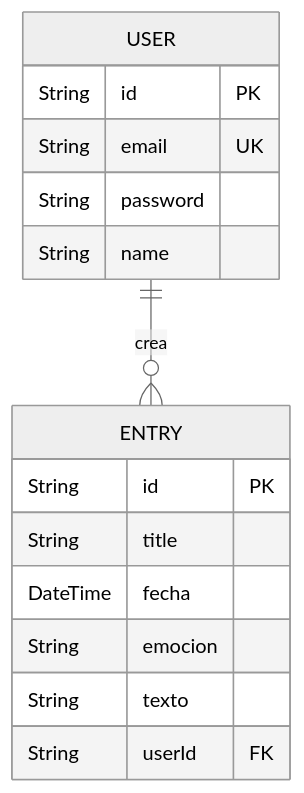
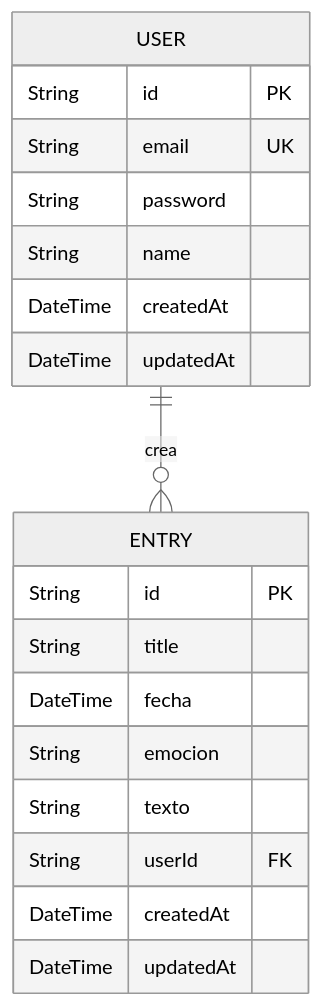
One commit to Jajavier2404/EmotionalBlog changed the second of 3 diagrams in README.md. Above: the diagram before and after it, drawn with Mermaid (neutral theme). The commit also changed other lines of this file and 2 other files, not shown here.

````diff
--- a/README.md
+++ b/README.md
@@ -82,18 +83,24 @@
 ```mermaid
 erDiagram
     USER {
         String id PK
         String email UK
         String password
         String name
+        DateTime createdAt
+        DateTime updatedAt
     }
+
     ENTRY {
         String id PK
         String title
         DateTime fecha
         String emocion
         String texto
         String userId FK
+        DateTime createdAt
+        DateTime updatedAt
     }
+
     USER ||--o{ ENTRY : "crea"
 ```
````
